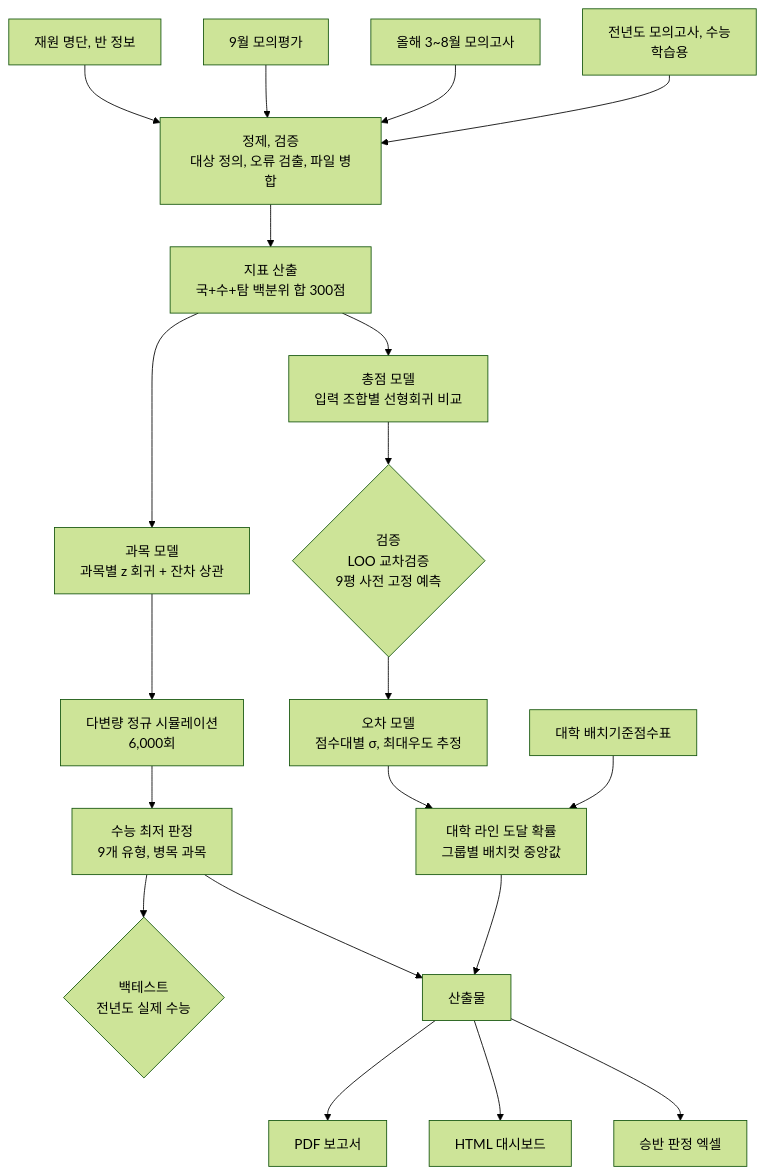
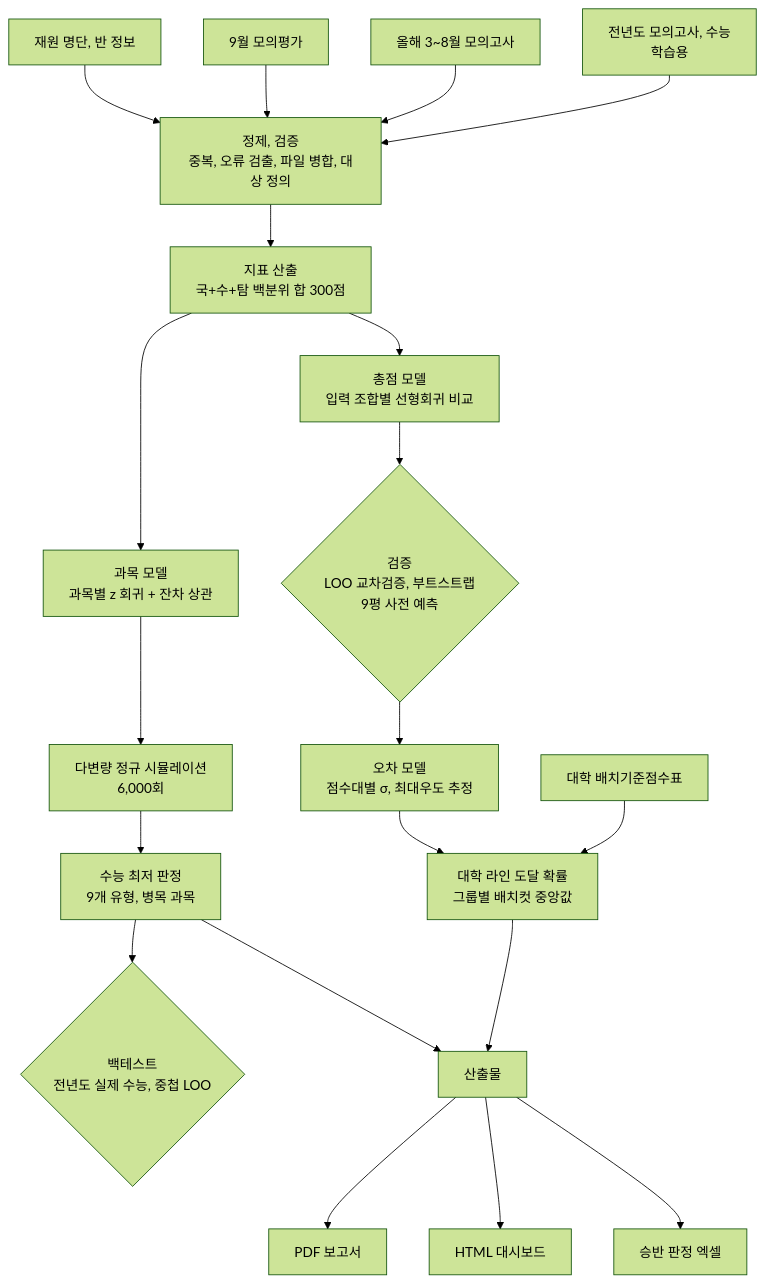
Before and after one commit to ho66220-boop/CSAT-Outcome-Forecaster: the diagram in README.md, drawn with Mermaid (forest theme). The commit also changed other lines of this file and 23 other files, not shown here.

````diff
--- a/README.md
+++ b/README.md
@@ -38,26 +47,26 @@
 ```mermaid
 flowchart TD
     A1[전년도 모의고사, 수능<br/>학습용] --> B
     A2[올해 3~8월 모의고사] --> B
     A3[9월 모의평가] --> B
     A4[재원 명단, 반 정보] --> B
     A5[대학 배치기준점수표] --> L
 
-    B[정제, 검증<br/>대상 정의, 오류 검출, 파일 병합] --> C[지표 산출<br/>국+수+탐 백분위 합 300점]
+    B[정제, 검증<br/>중복, 오류 검출, 파일 병합, 대상 정의] --> C[지표 산출<br/>국+수+탐 백분위 합 300점]
 
     C --> M1[총점 모델<br/>입력 조합별 선형회귀 비교]
-    M1 --> V1{검증<br/>LOO 교차검증<br/>9평 사전 고정 예측}
+    M1 --> V1{검증<br/>LOO 교차검증, 부트스트랩<br/>9평 사전 예측}
     V1 --> E[오차 모델<br/>점수대별 σ, 최대우도 추정]
     E --> L[대학 라인 도달 확률<br/>그룹별 배치컷 중앙값]
 
     C --> M2[과목 모델<br/>과목별 z 회귀 + 잔차 상관]
     M2 --> S[다변량 정규 시뮬레이션<br/>6,000회]
     S --> R[수능 최저 판정<br/>9개 유형, 병목 과목]
-    R --> V2{백테스트<br/>전년도 실제 수능}
+    R --> V2{백테스트<br/>전년도 실제 수능, 중첩 LOO}
 
     L --> O[산출물]
     R --> O
     O --> O1[PDF 보고서]
     O --> O2[HTML 대시보드]
     O --> O3[승반 판정 엑셀]
 ```
````
